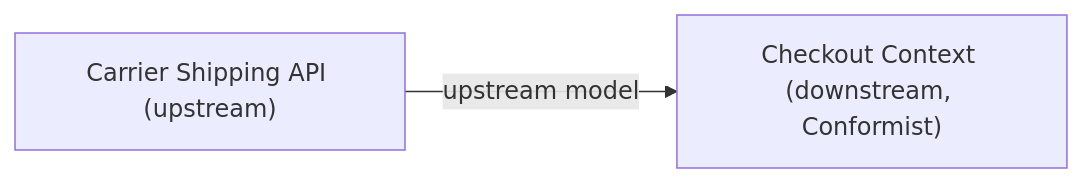
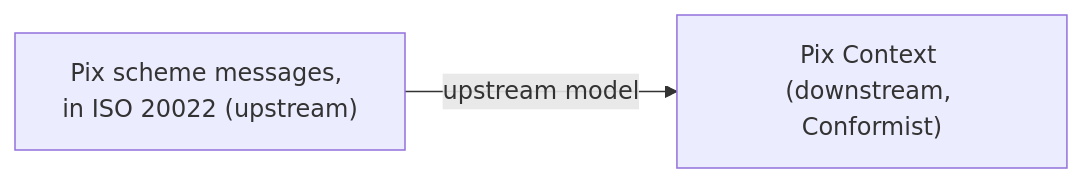
One commit to alancesar/design-patterns changed the diagram in i18n/en/docusaurus-plugin-content-docs/current/design/ddd/context-mapping/conformist.md. Above: the diagram before and after it, drawn with Mermaid. The commit also changed other lines of this file and 67 other files, not shown here.

First line of the commit message:
Switch DDD examples and diagrams to fintech scenarios

````diff
--- a/i18n/en/docusaurus-plugin-content-docs/current/design/ddd/context-mapping/conformist.md
+++ b/i18n/en/docusaurus-plugin-content-docs/current/design/ddd/context-mapping/conformist.md
@@ -54,4 +54,4 @@
 ```mermaid
 flowchart LR
-    U["Carrier Shipping API (upstream)"] -->|"upstream model"| D["Checkout Context (downstream, Conformist)"]
+    U["Pix scheme messages, in ISO 20022 (upstream)"] -->|"upstream model"| D["Pix Context (downstream, Conformist)"]
 ```
````
